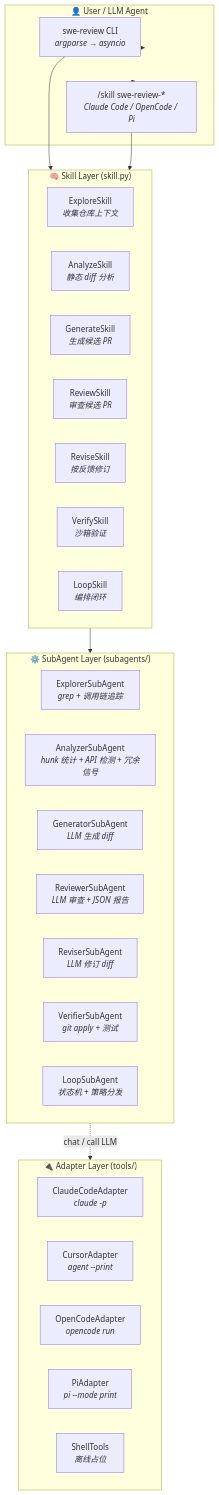
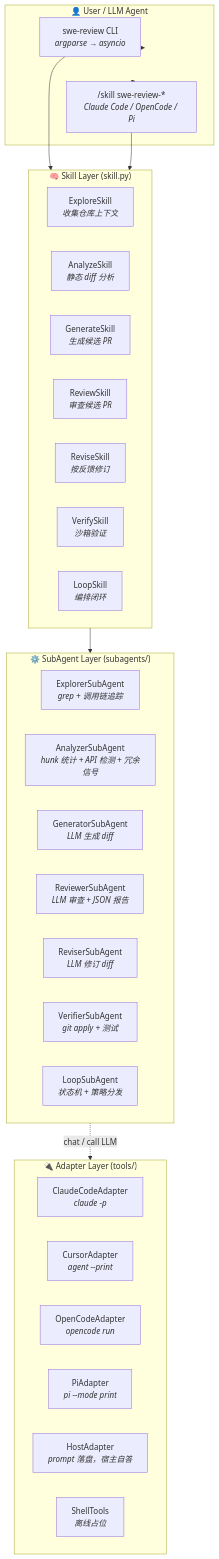
Before and after one commit to KevinZhangNothing/swe-review-plugin: the first of 14 diagrams in README.md, drawn with Mermaid. The commit also changed other lines of this file and 48 other files, not shown here.

````diff
--- a/README.md
+++ b/README.md
@@ -28,43 +28,44 @@
 ```mermaid
 flowchart TB
     subgraph User["👤 User / LLM Agent"]
         CLI["swe-review CLI<br/><i>argparse → asyncio</i>"]
         SK["/skill swe-review-*<br/><i>Claude Code / OpenCode / Pi</i>"]
     end
 
     subgraph Skills["🧠 Skill Layer (skill.py)"]
         direction LR
         ES[ExploreSkill<br/><i>收集仓库上下文</i>]
         AS[AnalyzeSkill<br/><i>静态 diff 分析</i>]
         GS[GenerateSkill<br/><i>生成候选 PR</i>]
         RS[ReviewSkill<br/><i>审查候选 PR</i>]
         RVS[ReviseSkill<br/><i>按反馈修订</i>]
         VS[VerifySkill<br/><i>沙箱验证</i>]
         LS[LoopSkill<br/><i>编排闭环</i>]
     end
 
     subgraph SubAgents["⚙️ SubAgent Layer (subagents/)"]
         direction LR
         E[ExplorerSubAgent<br/><i>grep + 调用链追踪</i>]
         A[AnalyzerSubAgent<br/><i>hunk 统计 + API 检测 + 冗余信号</i>]
         G[GeneratorSubAgent<br/><i>LLM 生成 diff</i>]
         R[ReviewerSubAgent<br/><i>LLM 审查 + JSON 报告</i>]
         RV[ReviserSubAgent<br/><i>LLM 修订 diff</i>]
         V[VerifierSubAgent<br/><i>git apply + 测试</i>]
         L[LoopSubAgent<br/><i>状态机 + 策略分发</i>]
     end
 
     subgraph Adapters["🔌 Adapter Layer (tools/)"]
         CCA[ClaudeCodeAdapter<br/><i>claude -p</i>]
         CA[CursorAdapter<br/><i>agent --print</i>]
         OA[OpenCodeAdapter<br/><i>opencode run</i>]
         PA[PiAdapter<br/><i>pi --mode print</i>]
+        HA[HostAdapter<br/><i>prompt 落盘，宿主自答</i>]
         ST[ShellTools<br/><i>离线占位</i>]
     end
 
     User --> CLI & SK
     CLI --> Skills
     SK --> Skills
     Skills --> SubAgents
     SubAgents -.->|chat / call LLM| Adapters
 ```
````
